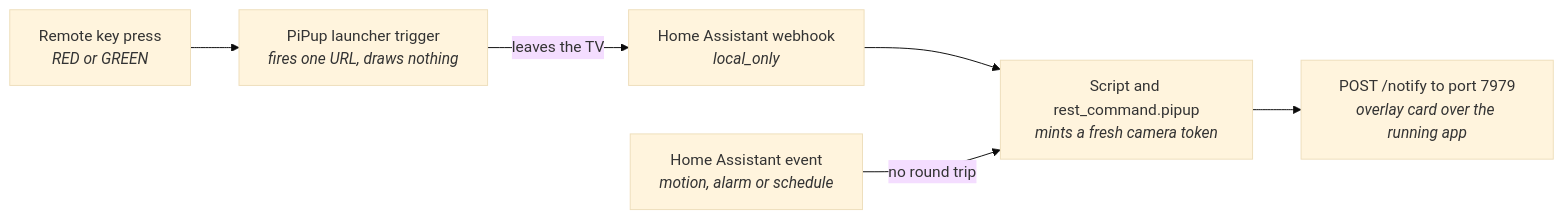
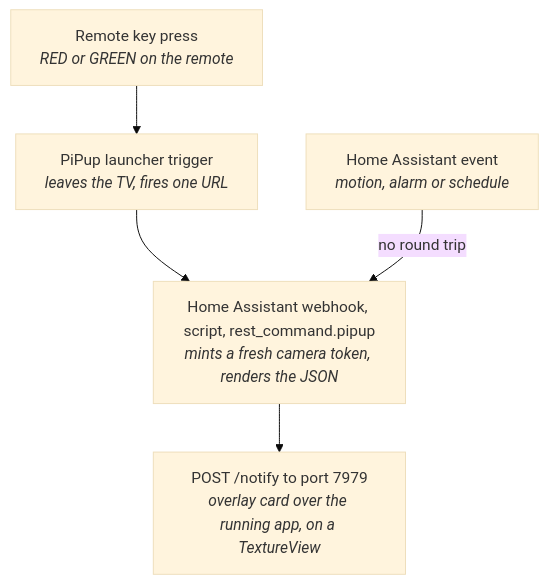
Before and after one commit to silvermy/PiPup: the diagram in docs/HARDENING.md, drawn with Mermaid (base theme).

Commit message:
Make the flow diagram narrow enough to clear GitHub's zoom controls
The left-to-right version fit the height limit but came out 896x129 - a flat
ribbon spanning the full content width, which put the last node underneath
the viewer's floating pan/zoom buttons. A four-level top-down layout renders
577 wide, so it clears them, and it is well short of the height that got the
original clipped.

````diff
--- a/docs/HARDENING.md
+++ b/docs/HARDENING.md
@@ -28,15 +28,13 @@
 ```mermaid
-flowchart LR
-    RK["Remote key press<br/><i>RED or GREEN</i>"]
-    LT["PiPup launcher trigger<br/><i>fires one URL, draws nothing</i>"]
-    WH["Home Assistant webhook<br/><i>local_only</i>"]
+flowchart TD
+    RK["Remote key press<br/><i>RED or GREEN on the remote</i>"]
+    LT["PiPup launcher trigger<br/><i>leaves the TV, fires one URL</i>"]
     EV["Home Assistant event<br/><i>motion, alarm or schedule</i>"]
-    SC["Script and rest_command.pipup<br/><i>mints a fresh camera token</i>"]
-    CD["POST /notify to port 7979<br/><i>overlay card over the running app</i>"]
+    SC["Home Assistant webhook, script, rest_command.pipup<br/><i>mints a fresh camera token, renders the JSON</i>"]
+    CD["POST /notify to port 7979<br/><i>overlay card over the running app, on a TextureView</i>"]
 
     RK --> LT
-    LT -- "leaves the TV" --> WH
-    WH --> SC
+    LT --> SC
     EV -- "no round trip" --> SC
     SC --> CD
 ```
````
